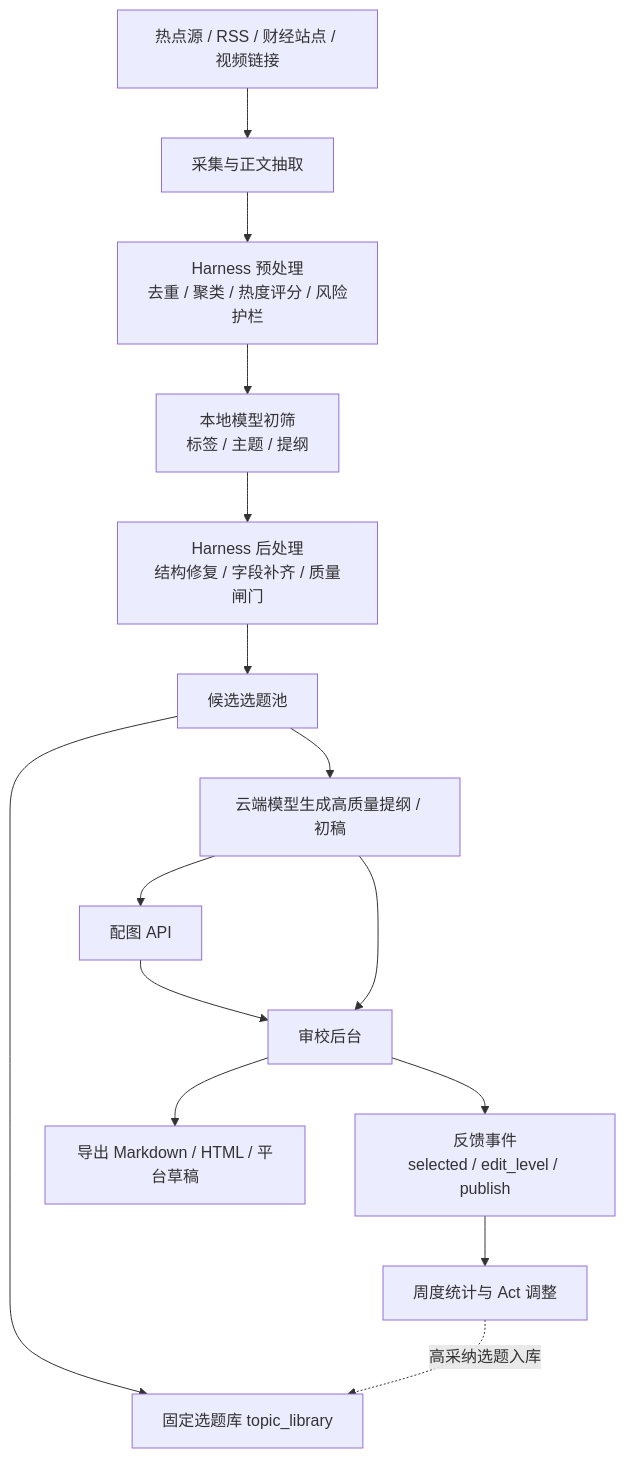
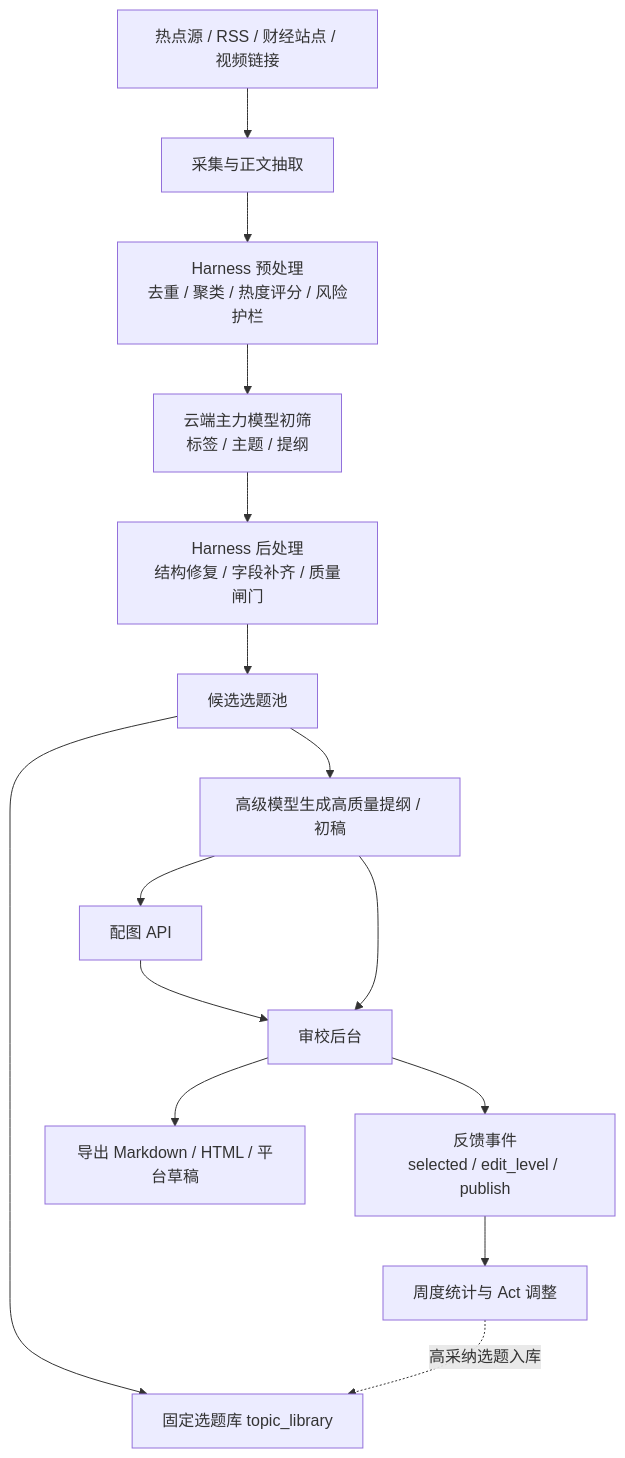
Before and after one commit to leeliu2580-ui/YMOS: the third of 9 diagrams in docs/superpowers/plans/2026-03-30-finance-media-research-automation-diagrams.md, drawn with Mermaid. The commit also changed other lines of this file and 6 other files, not shown here.

````diff
--- a/docs/superpowers/plans/2026-03-30-finance-media-research-automation-diagrams.md
+++ b/docs/superpowers/plans/2026-03-30-finance-media-research-automation-diagrams.md
@@ -129,17 +129,17 @@
 ```mermaid
 flowchart TB
     S1[热点源 / RSS / 财经站点 / 视频链接] --> P1[采集与正文抽取]
     P1 --> P2[Harness 预处理\n去重 / 聚类 / 热度评分 / 风险护栏]
-    P2 --> P3[本地模型初筛\n标签 / 主题 / 提纲]
+    P2 --> P3[云端主力模型初筛\n标签 / 主题 / 提纲]
     P3 --> P35[Harness 后处理\n结构修复 / 字段补齐 / 质量闸门]
     P35 --> P4[候选选题池]
     P4 --> P5[固定选题库 topic_library]
-    P4 --> P6[云端模型生成高质量提纲 / 初稿]
+    P4 --> P6[高级模型生成高质量提纲 / 初稿]
     P6 --> P7[配图 API]
     P6 --> P8[审校后台]
     P7 --> P8
     P8 --> P9[导出 Markdown / HTML / 平台草稿]
     P8 --> P10[反馈事件\nselected / edit_level / publish]
     P10 --> P11[周度统计与 Act 调整]
     P11 -.高采纳选题入库.-> P5
 ```
````
